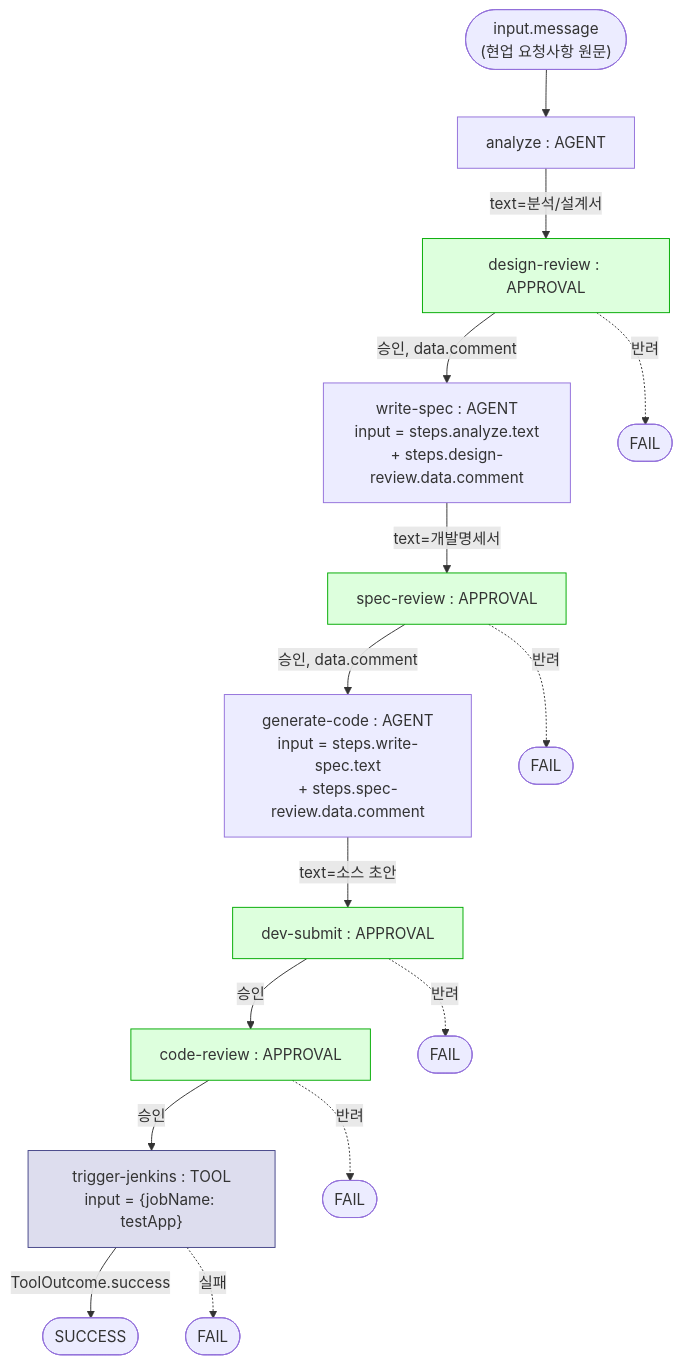
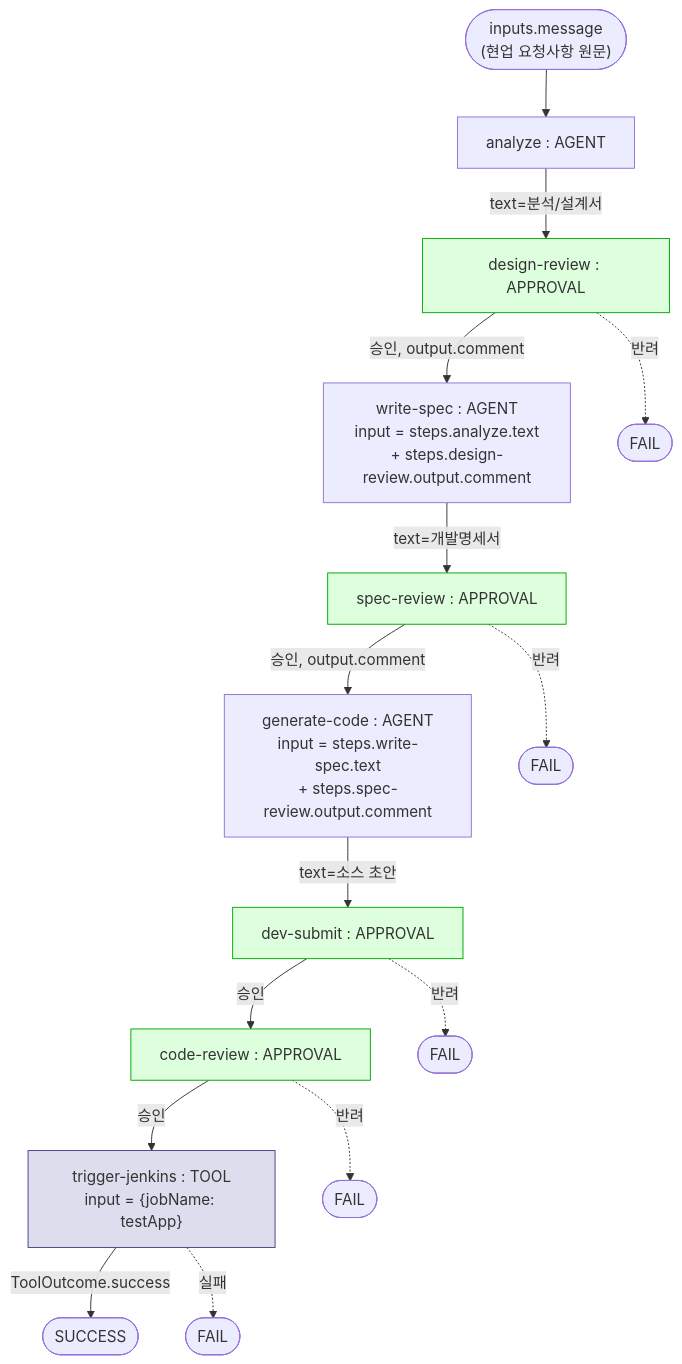
Before and after one commit to YongSoekChoeng/dstone: the tenth of 10 diagrams in docs/09.dstone-ai-engine.md, drawn with Mermaid. The commit also changed other lines of this file and 33 other files, not shown here.

````diff
--- a/docs/09.dstone-ai-engine.md
+++ b/docs/09.dstone-ai-engine.md
@@ -583,23 +594,23 @@
 ```mermaid
 flowchart TD
-    IN(["input.message\n(현업 요청사항 원문)"]) --> A1
+    IN(["inputs.message\n(현업 요청사항 원문)"]) --> A1
     A1["analyze : AGENT"] -->|text=분석/설계서| P1
-    P1["design-review : APPROVAL"] -->|승인, data.comment| A2
+    P1["design-review : APPROVAL"] -->|승인, output.comment| A2
     P1 -.반려.-> FAIL1(["FAIL"])
-    A2["write-spec : AGENT\ninput = steps.analyze.text\n+ steps.design-review.data.comment"] -->|text=개발명세서| P2
-    P2["spec-review : APPROVAL"] -->|승인, data.comment| A3
+    A2["write-spec : AGENT\ninput = steps.analyze.text\n+ steps.design-review.output.comment"] -->|text=개발명세서| P2
+    P2["spec-review : APPROVAL"] -->|승인, output.comment| A3
     P2 -.반려.-> FAIL2(["FAIL"])
-    A3["generate-code : AGENT\ninput = steps.write-spec.text\n+ steps.spec-review.data.comment"] -->|text=소스 초안| P3
+    A3["generate-code : AGENT\ninput = steps.write-spec.text\n+ steps.spec-review.output.comment"] -->|text=소스 초안| P3
     P3["dev-submit : APPROVAL"] -->|승인| P4
     P3 -.반려.-> FAIL3(["FAIL"])
     P4["code-review : APPROVAL"] -->|승인| T1
     P4 -.반려.-> FAIL4(["FAIL"])
     T1["trigger-jenkins : TOOL\ninput = {jobName: testApp}"] -->|ToolOutcome.success| SUCCESS(["SUCCESS"])
     T1 -.실패.-> FAIL5(["FAIL"])
 
     style P1 fill:#dfd,stroke:#0a0
     style P2 fill:#dfd,stroke:#0a0
     style P3 fill:#dfd,stroke:#0a0
     style P4 fill:#dfd,stroke:#0a0
     style T1 fill:#dde,stroke:#448
 ```
````
